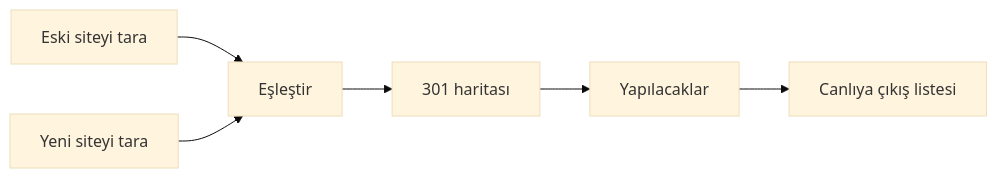
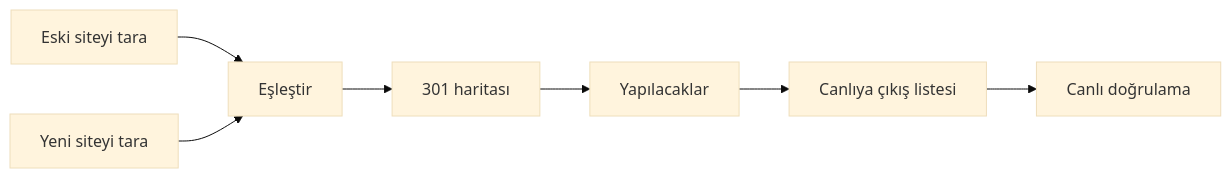
The diagram in README.md (Cihanpehlivan/seo-audit), drawn with Mermaid (base theme) before and after one commit. The commit also changed other lines of this file and 16 other files, not shown here.

Commit message:
v0.11.0: Canlı doğrulama (Parça 3b): çıkış işareti ve kilit, canlı tarama, 301 listesi canlıda, staging ayarı, etiket ve sitemap kontrolü

````diff
--- a/README.md
+++ b/README.md
@@ -12,8 +12,9 @@
 ```mermaid
 flowchart LR
   A[Eski siteyi tara] --> C[Eşleştir]
   B[Yeni siteyi tara] --> C
   C --> D[301 haritası]
   D --> E[Yapılacaklar]
   E --> F[Canlıya çıkış listesi]
+  F --> G[Canlı doğrulama]
 ```
````
